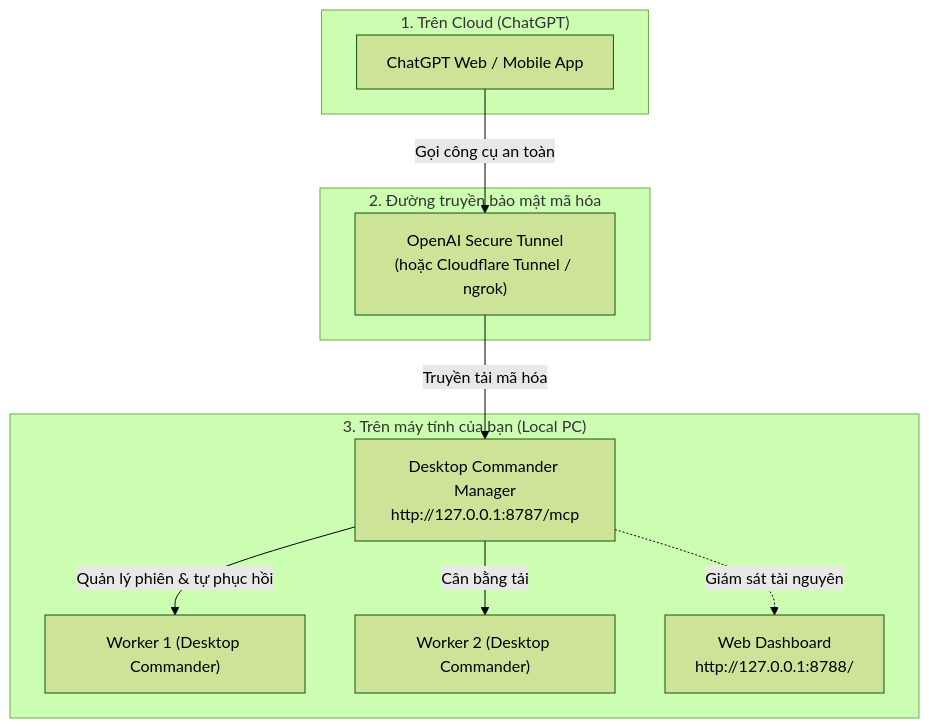
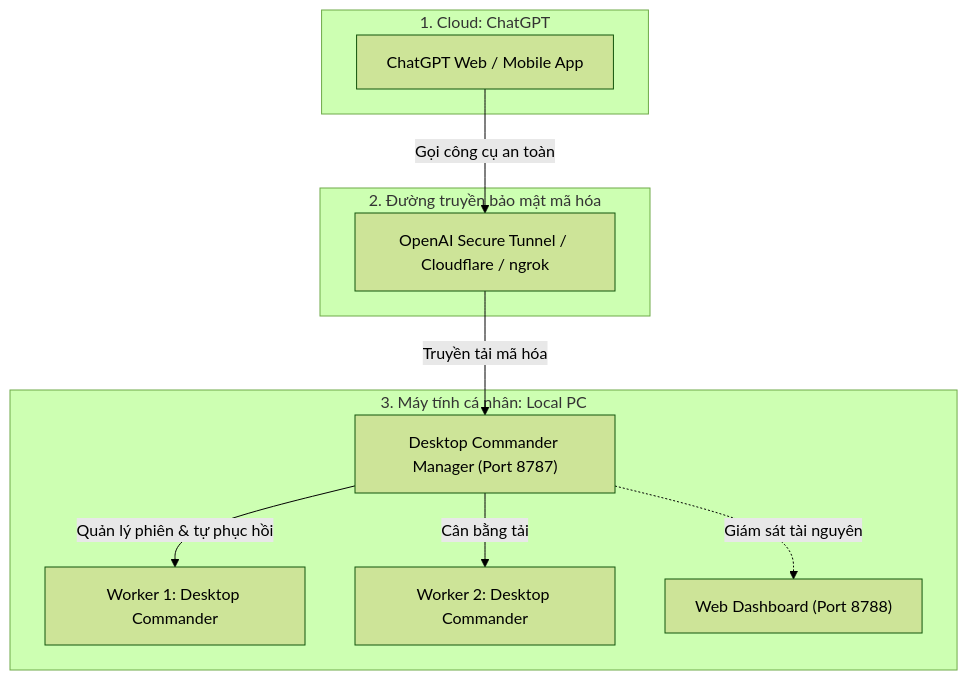
Before and after one commit to hongsonng/desktop-commander-manager: the diagram in docs/huong-dan-ket-noi-chatgpt.md, drawn with Mermaid (forest theme).

Commit message:
docs: fix Mermaid diagram syntax to support GitHub rich display without HTML tags

````diff
--- a/docs/huong-dan-ket-noi-chatgpt.md
+++ b/docs/huong-dan-ket-noi-chatgpt.md
@@ -9,23 +9,23 @@
 ```mermaid
 flowchart TD
-    subgraph Cloud["1. Trên Cloud (ChatGPT)"]
+    subgraph Cloud["1. Cloud: ChatGPT"]
         GPT["ChatGPT Web / Mobile App"]
     end
 
     subgraph Tunnel["2. Đường truyền bảo mật mã hóa"]
-        SEC["OpenAI Secure Tunnel<br/>(hoặc Cloudflare Tunnel / ngrok)"]
+        SEC["OpenAI Secure Tunnel / Cloudflare / ngrok"]
     end
 
-    subgraph LocalPC["3. Trên máy tính của bạn (Local PC)"]
-        DCM["Desktop Commander Manager<br/>http://127.0.0.1:8787/mcp"]
-        W1["Worker 1 (Desktop Commander)"]
-        W2["Worker 2 (Desktop Commander)"]
-        UI["Web Dashboard<br/>http://127.0.0.1:8788/"]
+    subgraph LocalPC["3. Máy tính cá nhân: Local PC"]
+        DCM["Desktop Commander Manager (Port 8787)"]
+        W1["Worker 1: Desktop Commander"]
+        W2["Worker 2: Desktop Commander"]
+        UI["Web Dashboard (Port 8788)"]
     end
 
     GPT -->|Gọi công cụ an toàn| SEC
     SEC -->|Truyền tải mã hóa| DCM
     DCM -->|Quản lý phiên & tự phục hồi| W1
     DCM -->|Cân bằng tải| W2
     DCM -.->|Giám sát tài nguyên| UI
 ```
````
